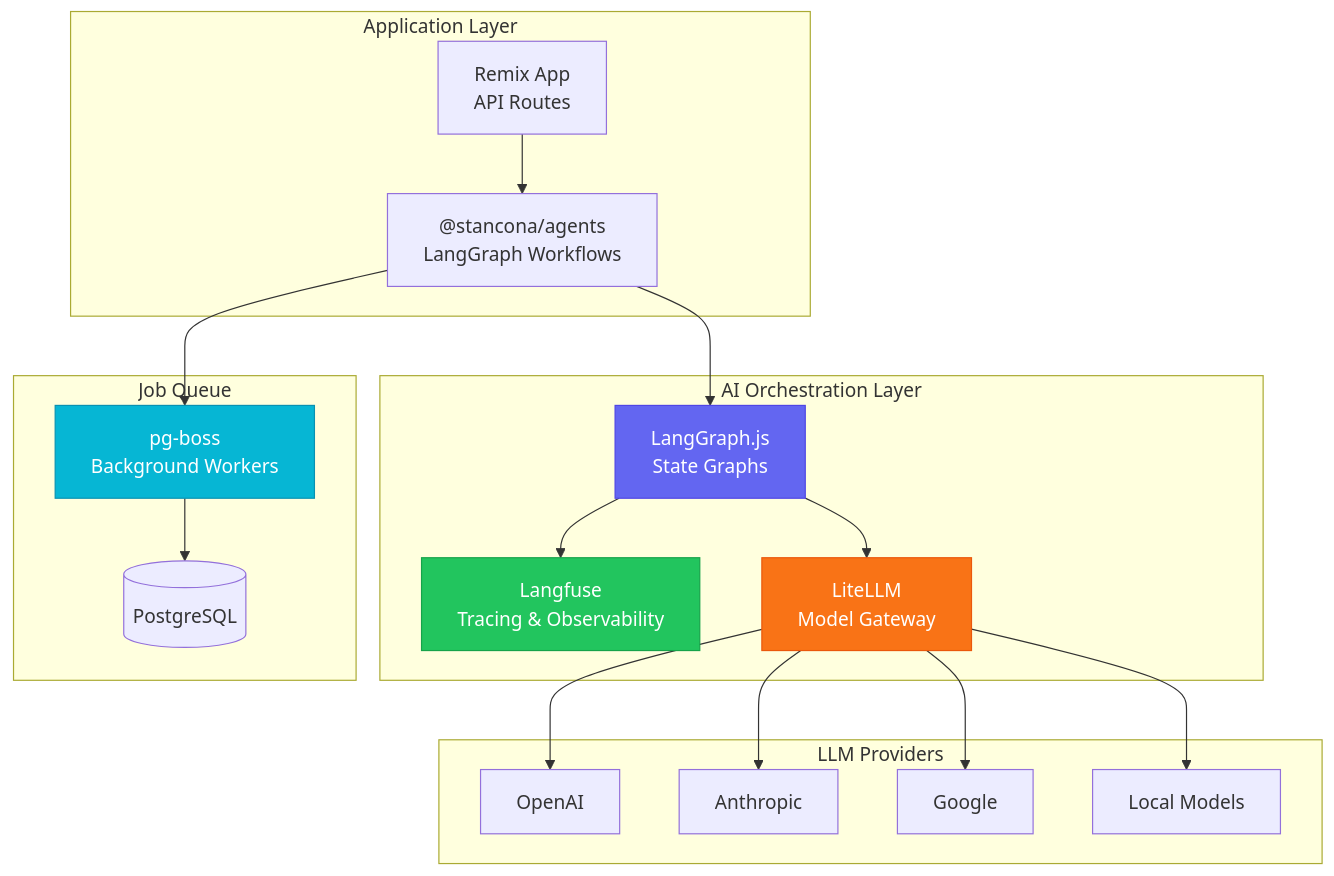
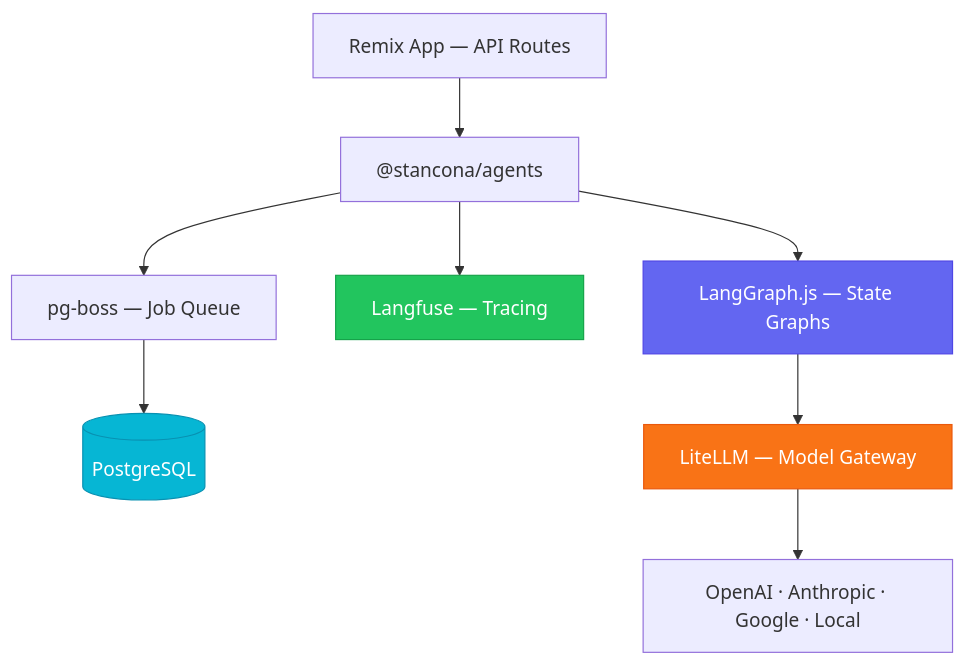
One commit to stancona/portfolio changed the fifth of 6 diagrams in README.md. Above: the diagram before and after it, drawn with Mermaid. The commit also changed other lines of this file and 30 other files, not shown here.

First line of the commit message:
fix: compact Mermaid diagrams, remove Astro dev toolbar from captures

````diff
--- a/README.md
+++ b/README.md
@@ -335,41 +210,15 @@
 ```mermaid
 graph TB
-    subgraph "AI Orchestration Layer"
-        LG[LangGraph.js<br/>State Graphs]
-        LF[Langfuse<br/>Tracing & Observability]
-        LL[LiteLLM<br/>Model Gateway]
-    end
-
-    subgraph "LLM Providers"
-        O[OpenAI]
-        AN[Anthropic]
-        GO[Google]
-        locally[Local Models]
-    end
-
-    subgraph "Job Queue"
-        PG[pg-boss<br/>Background Workers]
-        DB[(PostgreSQL)]
-    end
-
-    subgraph "Application Layer"
-        APP[Remix App<br/>API Routes]
-        AGENTS["@stancona/agents<br/>LangGraph Workflows"]
-    end
-
-    APP --> AGENTS
-    AGENTS --> LG
-    LG --> LF
-    LG --> LL
-    LL --> O
-    LL --> AN
-    LL --> GO
-    LL --> locally
-    PG --> DB
-    AGENTS --> PG
+    APP["Remix App — API Routes"] --> AG["@stancona/agents"]
+    AG --> LG["LangGraph.js — State Graphs"]
+    AG --> LF["Langfuse — Tracing"]
+    AG --> QB["pg-boss — Job Queue"]
+    QB --> DB[("PostgreSQL")]
+    LG --> LL["LiteLLM — Model Gateway"]
+    LL --> P["OpenAI · Anthropic · Google · Local"]
 
     style LG fill:#6366f1,stroke:#4f46e5,color:#fff
     style LF fill:#22c55e,stroke:#16a34a,color:#fff
     style LL fill:#f97316,stroke:#ea580c,color:#fff
-    style PG fill:#06b6d4,stroke:#0891b2,color:#fff
+    style DB fill:#06b6d4,stroke:#0891b2,color:#fff
 ```
````
